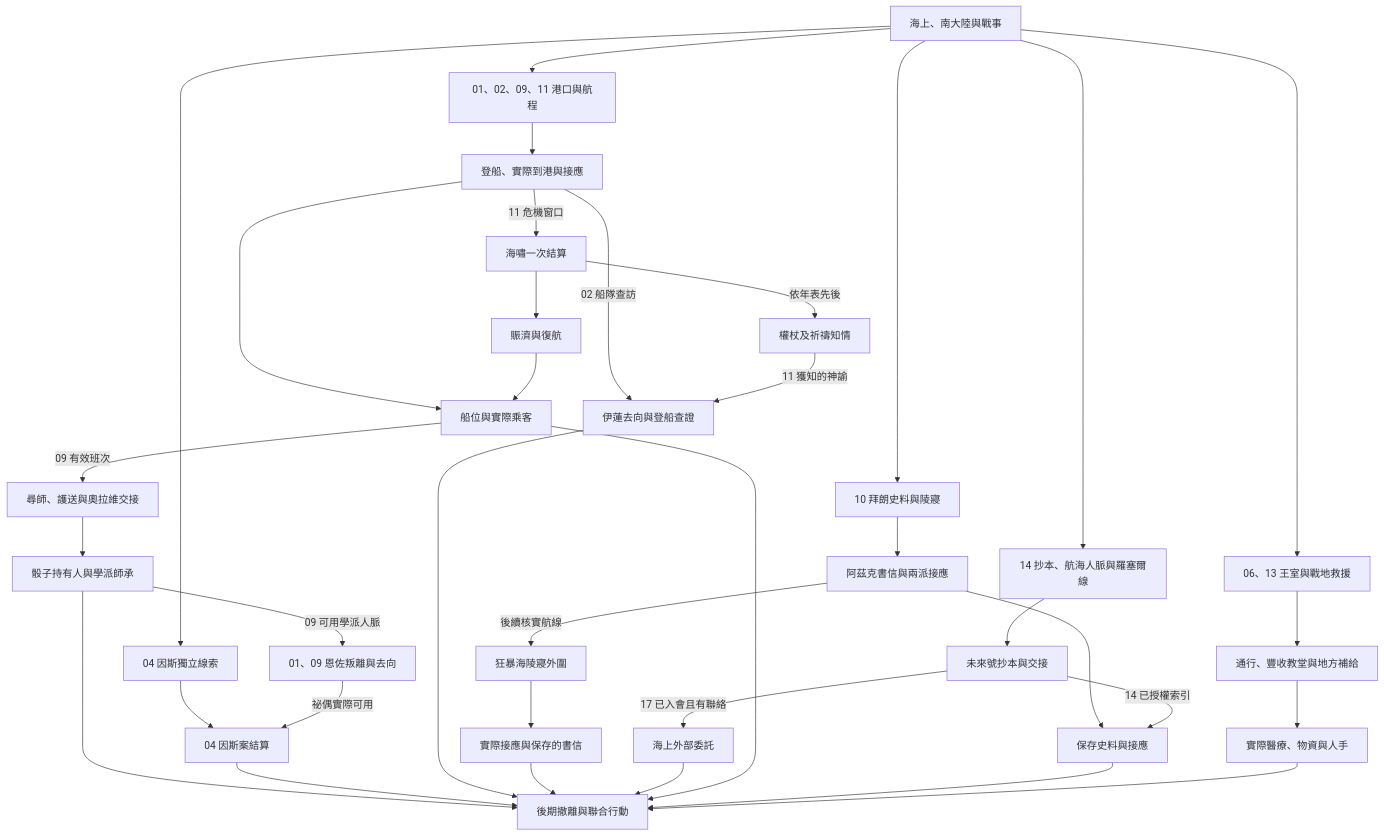
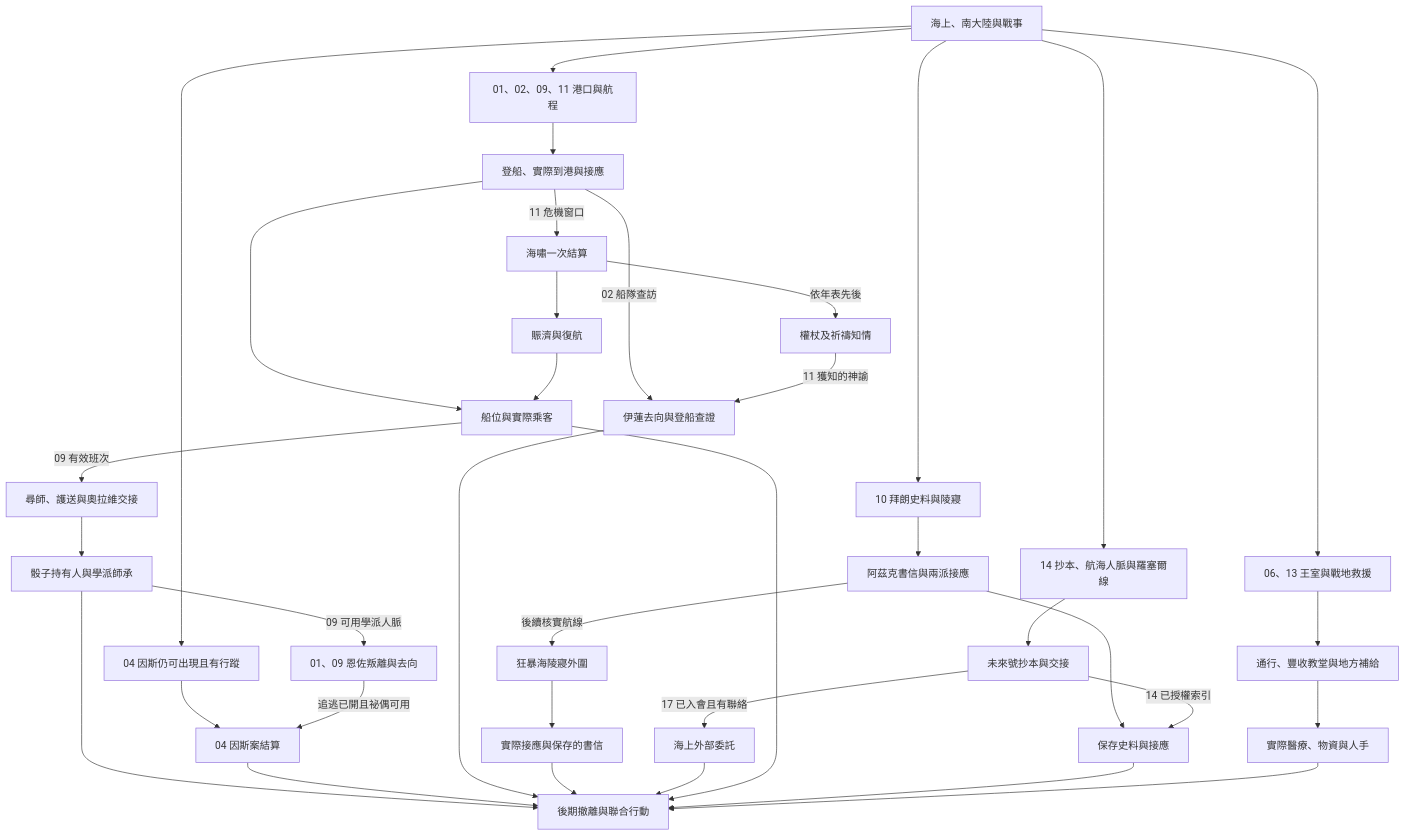
One commit to dragon961204-cmd/- changed the fifth of 7 diagrams in game/events/part_one_story_tree.md. Above: the diagram before and after it, drawn with Mermaid. The commit also changed other lines of this file and 23 other files, not shown here.

````diff
--- a/game/events/part_one_story_tree.md
+++ b/game/events/part_one_story_tree.md
@@ -94,38 +94,38 @@
 ```mermaid
 flowchart TD
     A["海上、南大陸與戰事"] --> B["01、02、09、11 港口與航程"]
     A --> C["10 拜朗史料與陵寢"]
     A --> D["14 抄本、航海人脈與羅塞爾線"]
     A --> E["06、13 王室與戰地救援"]
     B --> J["登船、實際到港與接應"]
     J --> F["船位與實際乘客"]
     F -->|"09 有效班次"| O["尋師、護送與奧拉維交接"]
     O --> P["骰子持有人與學派師承"]
     P --> I
     P -->|"09 可用學派人脈"| U["01、09 恩佐叛離與去向"]
-    A --> W["04 因斯獨立線索"]
+    A --> W["04 因斯仍可出現且有行蹤"]
     W --> V["04 因斯案結算"]
-    U -->|"祕偶實際可用"| V
+    U -->|"追逃已開且祕偶可用"| V
     V --> I
     J -->|"02 船隊查訪"| N["伊蓮去向與登船查證"]
     J -->|"11 危機窗口"| K["海嘯一次結算"]
     K --> L["賑濟與復航"]
     K -->|"依年表先後"| M["權杖及祈禱知情"]
     L --> F
     M -->|"11 獲知的神諭"| N
     N --> I
     C --> S["阿茲克書信與兩派接應"]
     S --> G["保存史料與接應"]
     S -->|"後續核實航線"| T["狂暴海陵寢外圍"]
     T --> X["實際接應與保存的書信"]
     X --> I
     D --> Q["未來號抄本與交接"]
     Q -->|"14 已授權索引"| G
     Q -->|"17 已入會且有聯絡"| R["海上外部委託"]
     R --> I
     E --> Y["通行、豐收教堂與地方補給"]
     Y --> H["實際醫療、物資與人手"]
     F --> I["後期撤離與聯合行動"]
     G --> I
     H --> I
 ```
````
